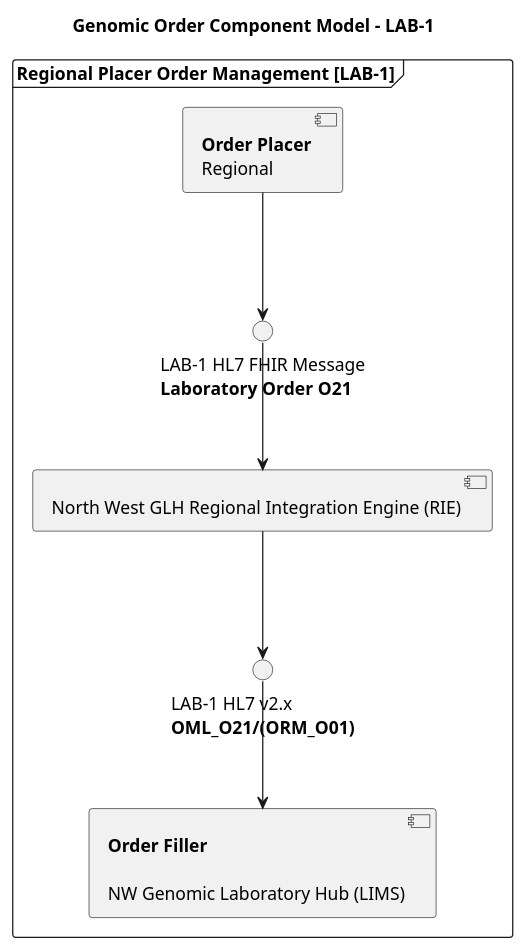
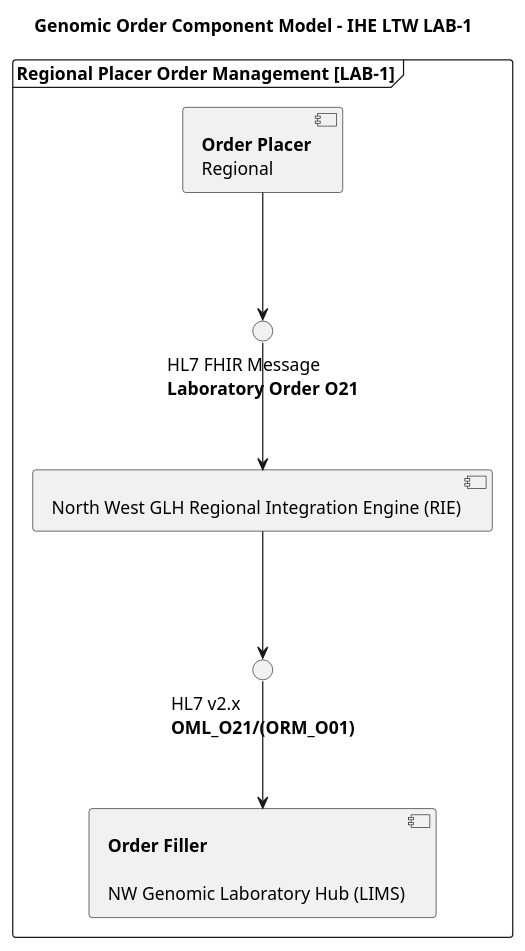
One commit to nw-gmsa/nw-gmsa.github.com changed the diagram in input/images-source/LAB1-component.plantuml. Above: the diagram before and after it, drawn with PlantUML. The commit also changed 2 other files, not shown here.

```diff
--- a/input/images-source/LAB1-component.plantuml
+++ b/input/images-source/LAB1-component.plantuml
@@ -1,27 +1,26 @@
 @startuml
 
-title "Genomic Order Component Model - LAB-1"
+title "Genomic Order Component Model - IHE LTW LAB-1"
 
 frame "Regional Placer Order Management [LAB-1]" as LAB1 {
   component "**Order Filler**\n\nNW Genomic Laboratory Hub (LIMS)" as LIMS
   component "**Order Placer**\nRegional" as EPR
   component "North West GLH Regional Integration Engine (RIE)" as TIE
 
- interface "LAB-1 HL7 FHIR Message\n**Laboratory Order O21**" as HL7_ORM1
+ interface "HL7 FHIR Message\n**Laboratory Order O21**" as HL7_ORM1
 
- interface "LAB-1 HL7 v2.x\n**OML_O21/(ORM_O01)**" as HL7_ORM2
-
+ interface "HL7 v2.x\n**OML_O21/(ORM_O01)**" as HL7_ORM2
 
 
   EPR -d-> HL7_ORM1
   HL7_ORM1 -d-> TIE
   TIE -d-> HL7_ORM2
 }
 
 
 
 HL7_ORM2 -d-> LIMS
 
 
 
 @enduml
```
